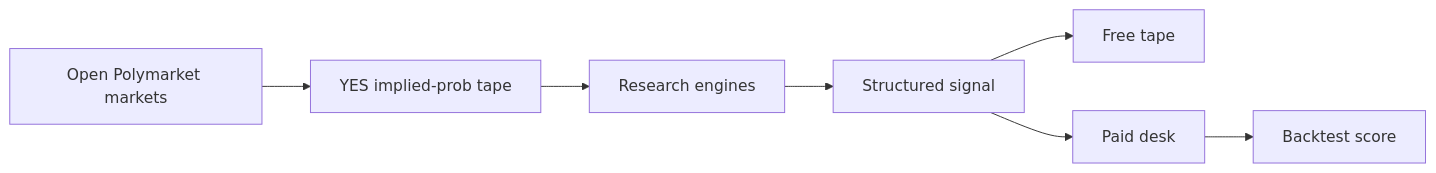
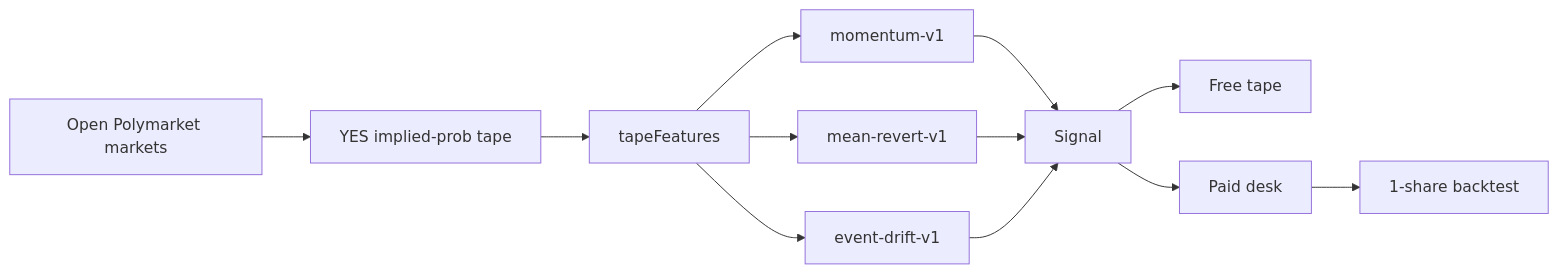
The diagram in docs/HOW_IT_WORKS.md (9lordisgod/mercedes-signal), drawn with Mermaid before and after one commit. The commit also changed 4 other files, not shown here.

First line of the commit message:
Replace README screenshots with conceptual diagrams

````diff
--- a/docs/HOW_IT_WORKS.md
+++ b/docs/HOW_IT_WORKS.md
@@ -15,9 +15,14 @@
 ```mermaid
 flowchart LR
   A[Open Polymarket markets] --> B[YES implied-prob tape]
-  B --> C[Research engines]
-  C --> D[Structured signal]
-  D --> E[Free tape]
-  D --> F[Paid desk]
-  F --> G[Backtest score]
+  B --> F[tapeFeatures]
+  F --> M[momentum-v1]
+  F --> R[mean-revert-v1]
+  F --> E[event-drift-v1]
+  M --> D[Signal]
+  R --> D
+  E --> D
+  D --> Free[Free tape]
+  D --> Paid[Paid desk]
+  Paid --> G[1-share backtest]
 ```
````
